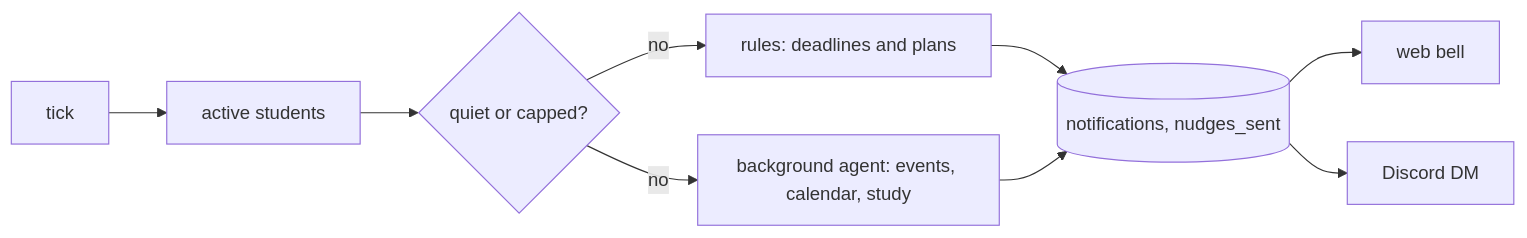
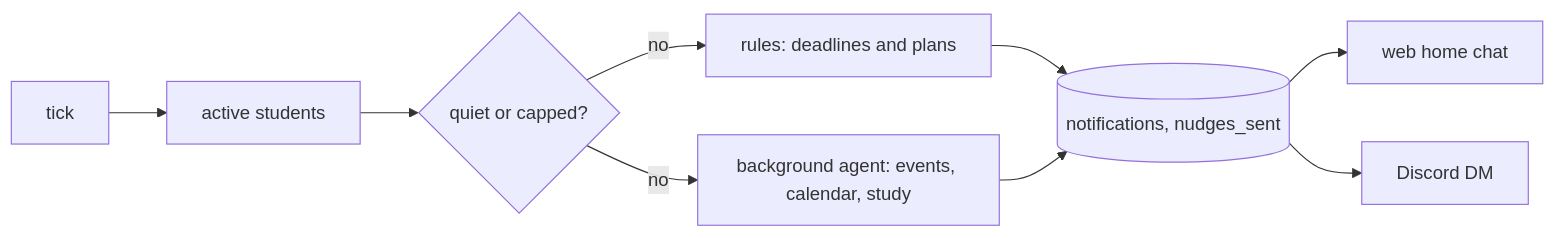
The seventh of 11 diagrams in docs/ARCHITECTURE.md (theaisocietyasu/sparky), drawn with Mermaid before and after one commit. The commit also changed other lines of this file and 30 other files, not shown here.

First line of the commit message:
Home chat: reminders and nudges as Sparky messages, threads off them (#144)

````diff
--- a/docs/ARCHITECTURE.md
+++ b/docs/ARCHITECTURE.md
@@ -529,11 +546,11 @@
 ```mermaid
 flowchart LR
   T[tick] --> P[active students]
   P --> Q{quiet or capped?}
   Q -->|no| R[rules: deadlines and plans]
   Q -->|no| A[background agent: events, calendar, study]
   R --> S[(notifications, nudges_sent)]
   A --> S
-  S --> W[web bell]
+  S --> W[web home chat]
   S --> D[Discord DM]
 ```
````
